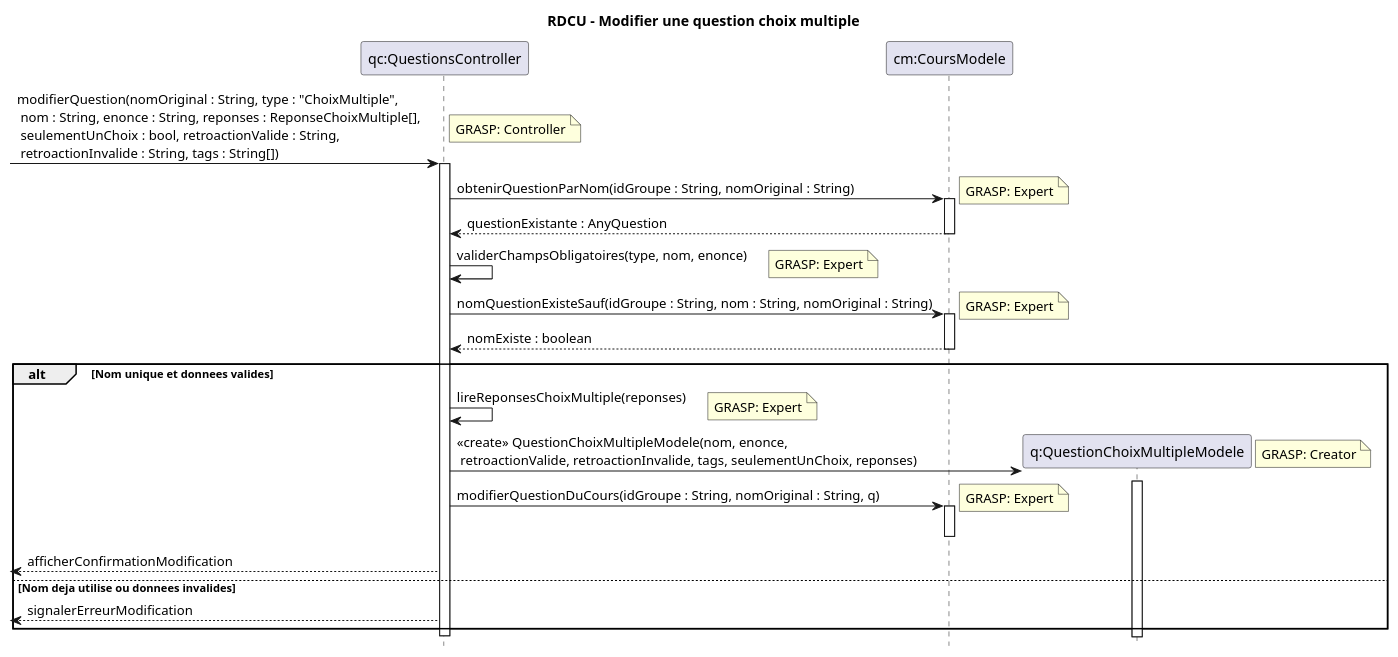
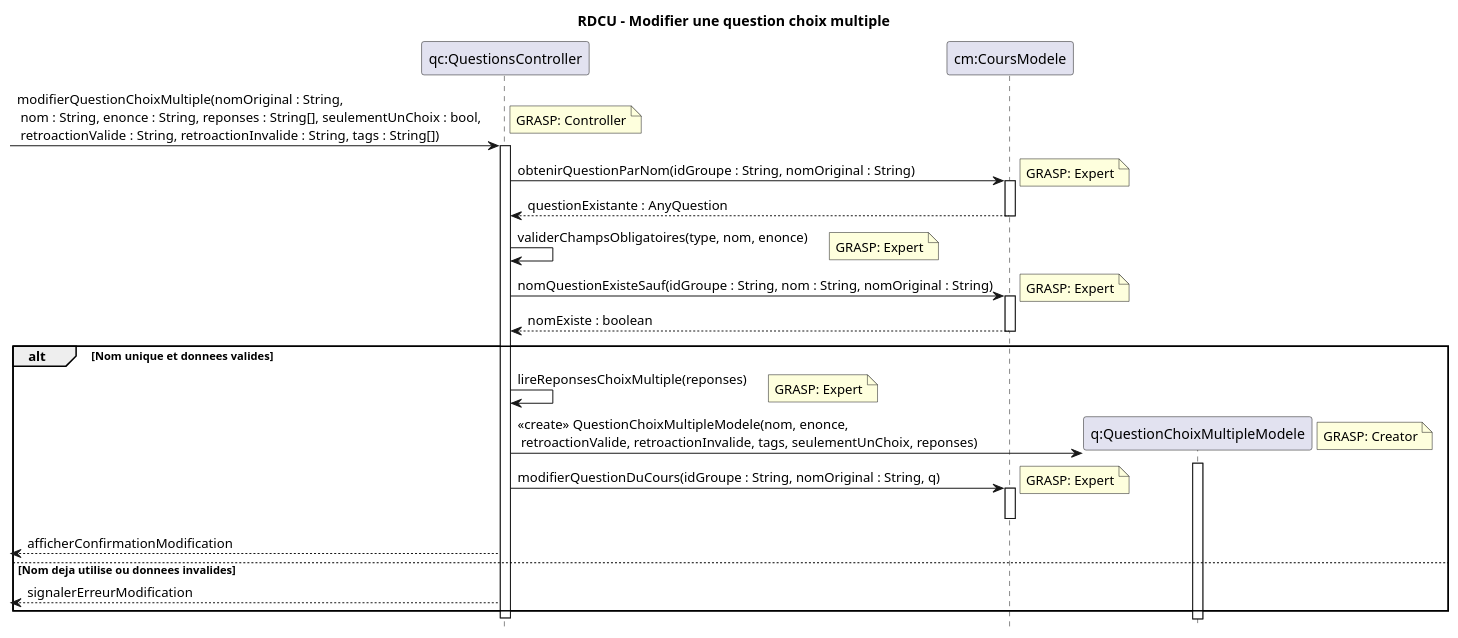
One commit to xMrYahya/moodle-clone changed the diagram in docs/modeles/cu02/rdcu-modifier-question-choix-multiple.puml. Above: the diagram before and after it, drawn with PlantUML. The commit also changed 9 other files, not shown here.

Commit message:
fix de diagrammes

```diff
--- a/docs/modeles/cu02/rdcu-modifier-question-choix-multiple.puml
+++ b/docs/modeles/cu02/rdcu-modifier-question-choix-multiple.puml
@@ -1,49 +1,49 @@
 @startuml
 hide footbox
 title RDCU - Modifier une question choix multiple
 
 participant "qc:QuestionsController" as QC
 participant "cm:CoursModele" as CM
 participant "q:QuestionChoixMultipleModele" as Q
 
--> QC : modifierQuestion(nomOriginal : String, type : "ChoixMultiple",\n nom : String, enonce : String, reponses : ReponseChoixMultiple[],\n seulementUnChoix : bool, retroactionValide : String,\n retroactionInvalide : String, tags : String[])
+-> QC : modifierQuestionChoixMultiple(nomOriginal : String,\n nom : String, enonce : String, reponses : String[], seulementUnChoix : bool,\n retroactionValide : String, retroactionInvalide : String, tags : String[])
 note right: GRASP: Controller
 activate QC
 
 QC -> CM : obtenirQuestionParNom(idGroupe : String, nomOriginal : String)
 note right: GRASP: Expert
 activate CM
 CM --> QC : questionExistante : AnyQuestion
 deactivate CM
 
 QC -> QC : validerChampsObligatoires(type, nom, enonce)
 note right: GRASP: Expert
 
 QC -> CM : nomQuestionExisteSauf(idGroupe : String, nom : String, nomOriginal : String)
 note right: GRASP: Expert
 activate CM
 CM --> QC : nomExiste : boolean
 deactivate CM
 
 alt Nom unique et donnees valides
   QC -> QC : lireReponsesChoixMultiple(reponses)
   note right: GRASP: Expert
 
   create Q
   QC -> Q : <<create>> QuestionChoixMultipleModele(nom, enonce,\n retroactionValide, retroactionInvalide, tags, seulementUnChoix, reponses)
   note right: GRASP: Creator
   activate Q
   deactivate Q
 
   QC -> CM : modifierQuestionDuCours(idGroupe : String, nomOriginal : String, q)
   note right: GRASP: Expert
   activate CM
   deactivate CM
 
   <-- QC : afficherConfirmationModification
 else Nom deja utilise ou donnees invalides
   <-- QC : signalerErreurModification
 end
 
 deactivate QC
 @enduml
```
